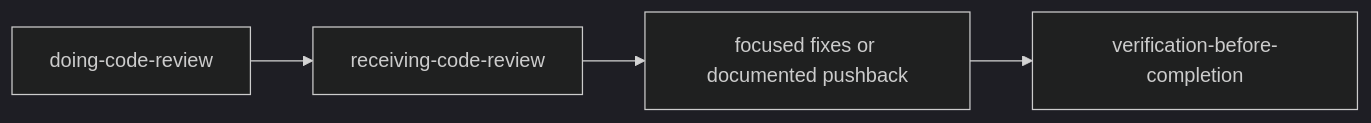
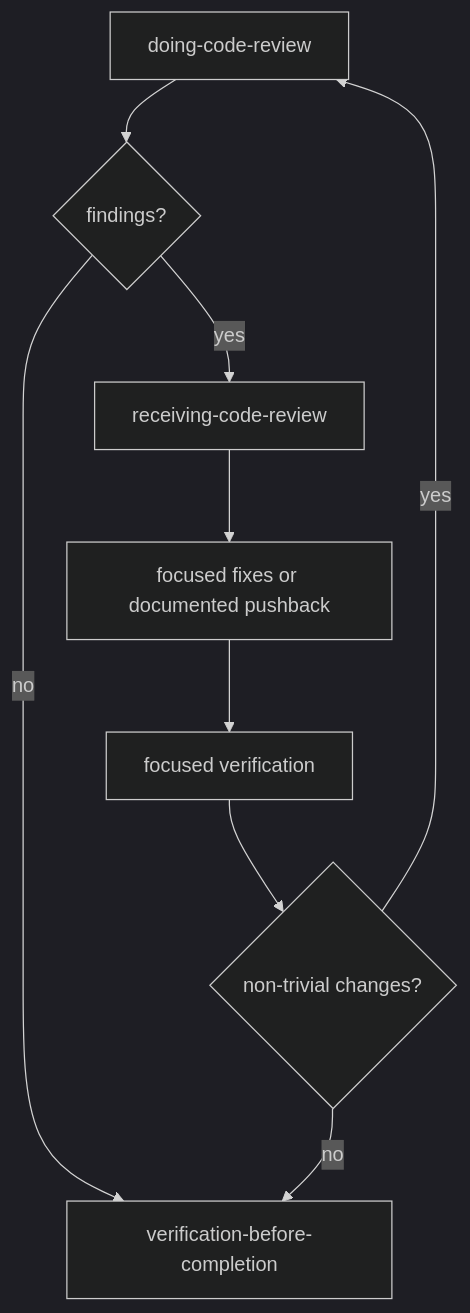
Diagram 13 of 14 in skills/README.md (quick-brown-foxxx/myai), drawn with Mermaid (dark theme) before and after one commit. The commit also changed other lines of this file, not shown here.

````diff
--- a/skills/README.md
+++ b/skills/README.md
@@ -288,6 +415,11 @@
 ```mermaid
-flowchart LR
-  A[doing-code-review] --> B[receiving-code-review]
-  B --> C[focused fixes or documented pushback]
-  C --> D[verification-before-completion]
+flowchart TD
+  A[doing-code-review] --> B{findings?}
+  B -- no --> C[verification-before-completion]
+  B -- yes --> D[receiving-code-review]
+  D --> E[focused fixes or documented pushback]
+  E --> F[focused verification]
+  F --> G{non-trivial changes?}
+  G -- yes --> A
+  G -- no --> C
 ```
````
